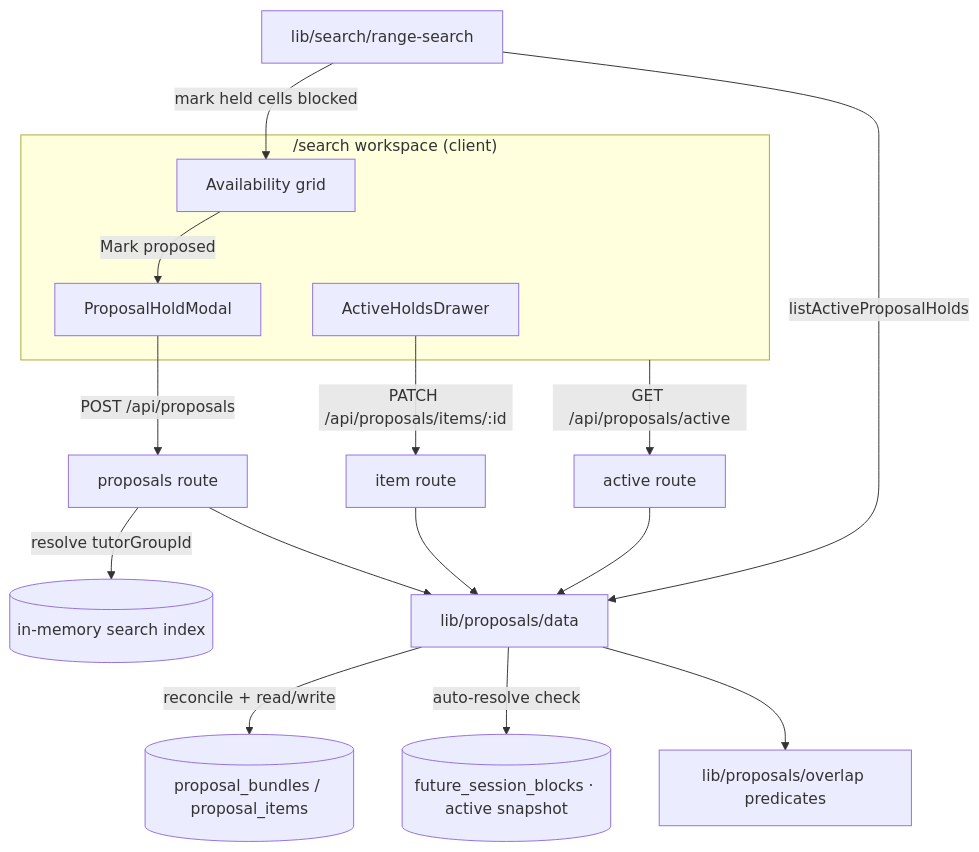
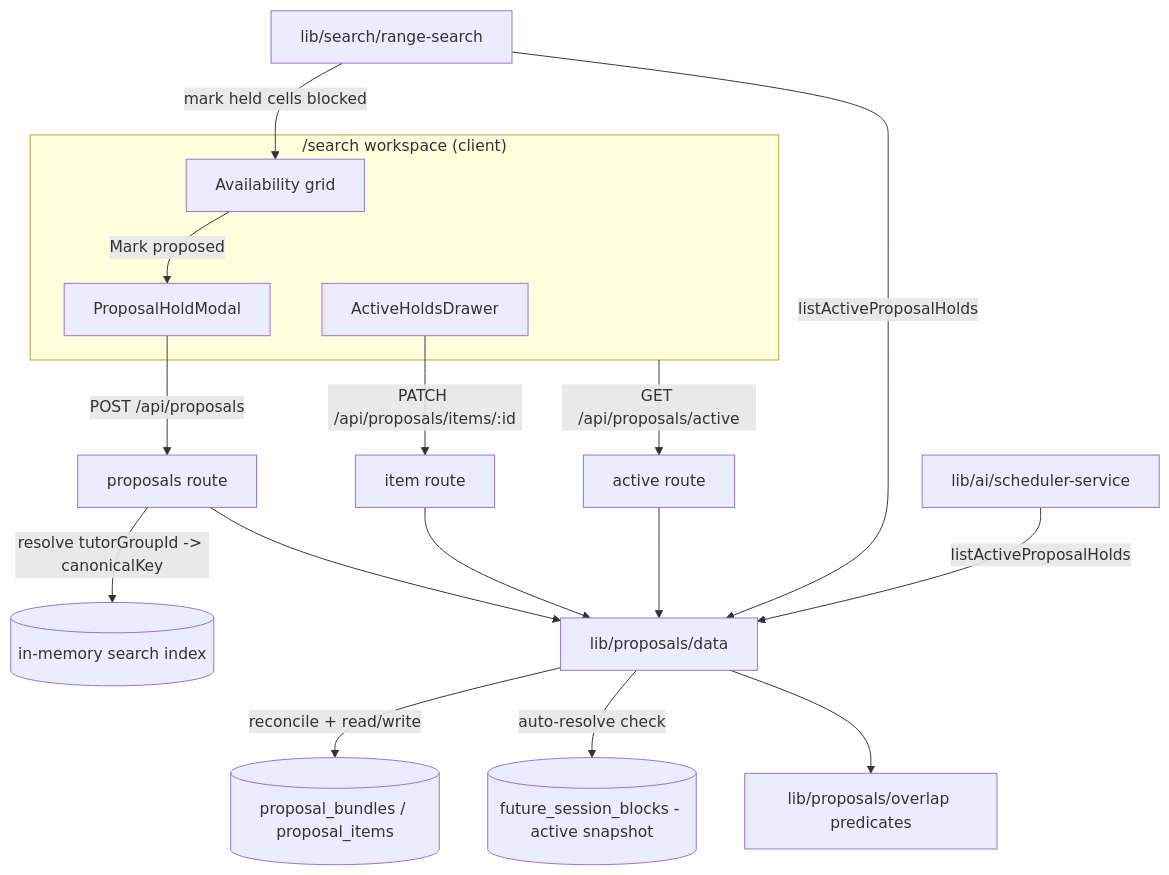
One commit to kasheesh711/bgscheduler changed the diagram in docs/features/proposals.md. Above: the diagram before and after it, drawn with Mermaid. The commit also changed other lines of this file and 63 other files, not shown here.

````diff
--- a/docs/features/proposals.md
+++ b/docs/features/proposals.md
@@ -48,23 +53,24 @@
 ```mermaid
 flowchart TD
     subgraph UI["/search workspace (client)"]
         Grid[Availability grid] -->|Mark proposed| Modal[ProposalHoldModal]
         Drawer[ActiveHoldsDrawer]
     end
 
     Modal -->|POST /api/proposals| CreateRoute[proposals route]
     Drawer -->|PATCH /api/proposals/items/:id| PatchRoute[item route]
     UI -->|GET /api/proposals/active| ActiveRoute[active route]
 
-    CreateRoute -->|resolve tutorGroupId| Index[(in-memory search index)]
+    CreateRoute -->|resolve tutorGroupId -> canonicalKey| Index[(in-memory search index)]
     CreateRoute --> Data[lib/proposals/data]
     PatchRoute --> Data
     ActiveRoute --> Data
 
     Data -->|reconcile + read/write| DB[(proposal_bundles / proposal_items)]
-    Data -->|auto-resolve check| Wise[(future_session_blocks · active snapshot)]
+    Data -->|auto-resolve check| Wise[(future_session_blocks - active snapshot)]
     Data --> Overlap[lib/proposals/overlap predicates]
 
     RangeSearch[lib/search/range-search] -->|listActiveProposalHolds| Data
     RangeSearch -->|mark held cells blocked| Grid
+    Scheduler[lib/ai/scheduler-service] -->|listActiveProposalHolds| Data
 ```
````
